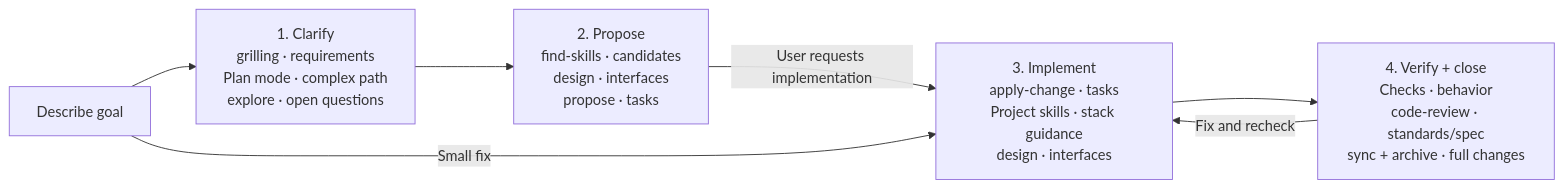
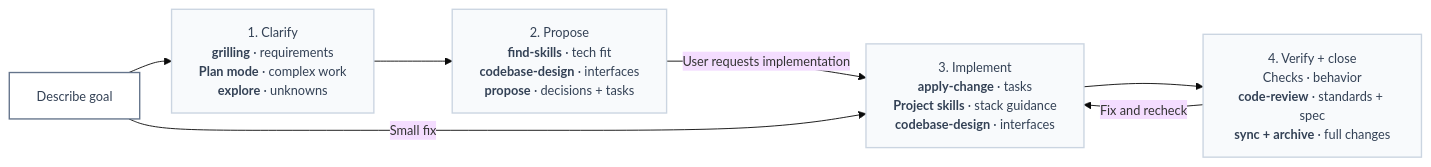
The diagram in README.md (shuaibilx/AI-workflow-coding), drawn with Mermaid before and after one commit. The commit also changed other lines of this file and 1 other file, not shown here.

Commit message:
docs: highlight skills in workflow diagrams

````diff
--- a/README.md
+++ b/README.md
@@ -33,9 +33,12 @@
 ```mermaid
+%%{init: {"theme":"base","themeVariables":{"fontSize":"14px"},"flowchart":{"nodeSpacing":18,"rankSpacing":35,"wrappingWidth":180}}}%%
 flowchart LR
-    A[Describe goal] --> B["1. Clarify<br/>grilling · requirements<br/>Plan mode · complex path<br/>explore · open questions"]
-    B --> C["2. Propose<br/>find-skills · candidates<br/>design · interfaces<br/>propose · tasks"]
-    C -->|User requests implementation| D["3. Implement<br/>apply-change · tasks<br/>Project skills · stack guidance<br/>design · interfaces"]
-    D --> E["4. Verify + close<br/>Checks · behavior<br/>code-review · standards/spec<br/>sync + archive · full changes"]
-    A -->|Small fix| D
-    E -->|Fix and recheck| D
+    G[Describe goal]:::start --> C["1. Clarify<br/><span style='color:#174ea6'><b>grilling</b></span> · requirements<br/><span style='color:#174ea6'><b>Plan mode</b></span> · complex work<br/><span style='color:#174ea6'><b>explore</b></span> · unknowns"]:::stage
+    C --> P["2. Propose<br/><span style='color:#174ea6'><b>find-skills</b></span> · tech fit<br/><span style='color:#174ea6'><b>codebase-design</b></span> · interfaces<br/><span style='color:#174ea6'><b>propose</b></span> · decisions + tasks"]:::stage
+    P -->|User requests implementation| I["3. Implement<br/><span style='color:#174ea6'><b>apply-change</b></span> · tasks<br/><span style='color:#174ea6'><b>Project skills</b></span> · stack guidance<br/><span style='color:#174ea6'><b>codebase-design</b></span> · interfaces"]:::stage
+    I --> V["4. Verify + close<br/>Checks · behavior<br/><span style='color:#174ea6'><b>code-review</b></span> · standards + spec<br/><span style='color:#174ea6'><b>sync + archive</b></span> · full changes"]:::stage
+    G -->|Small fix| I
+    V -->|Fix and recheck| I
+    classDef start fill:#ffffff,stroke:#64748b,color:#334155,stroke-width:1.5px
+    classDef stage fill:#f8fafc,stroke:#cbd5e1,color:#334155,stroke-width:1.5px
 ```
````
